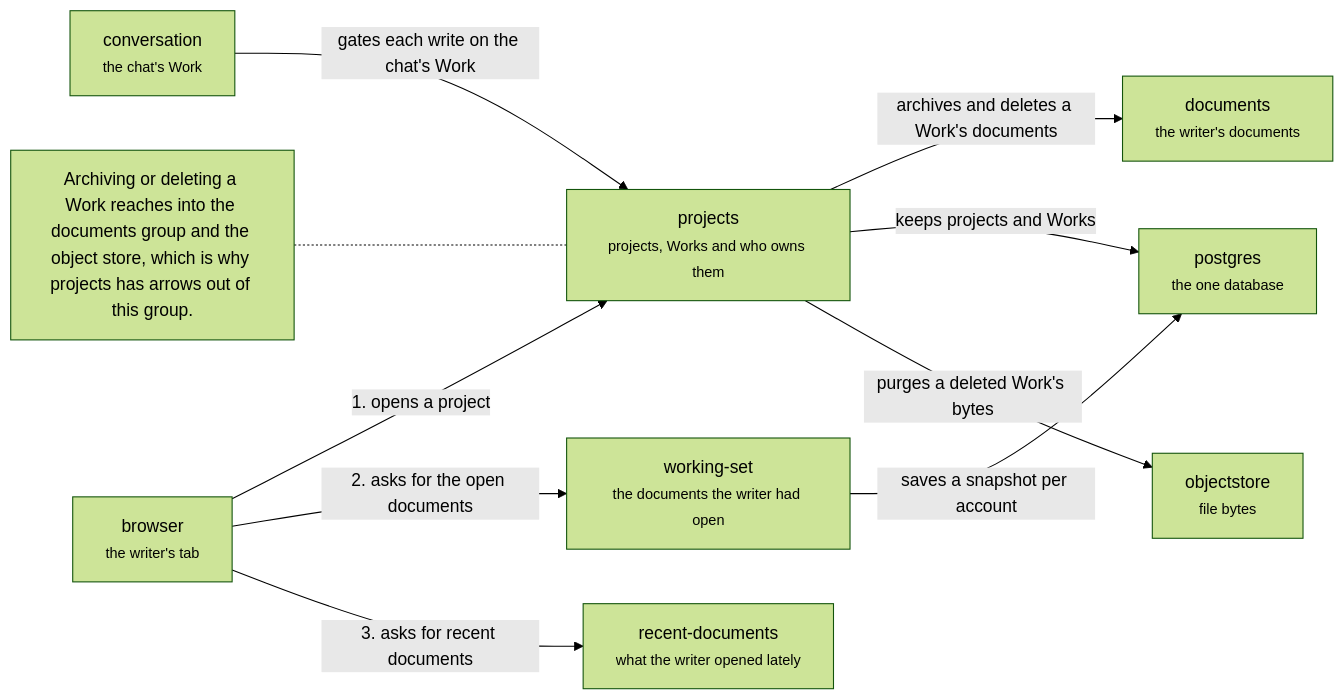
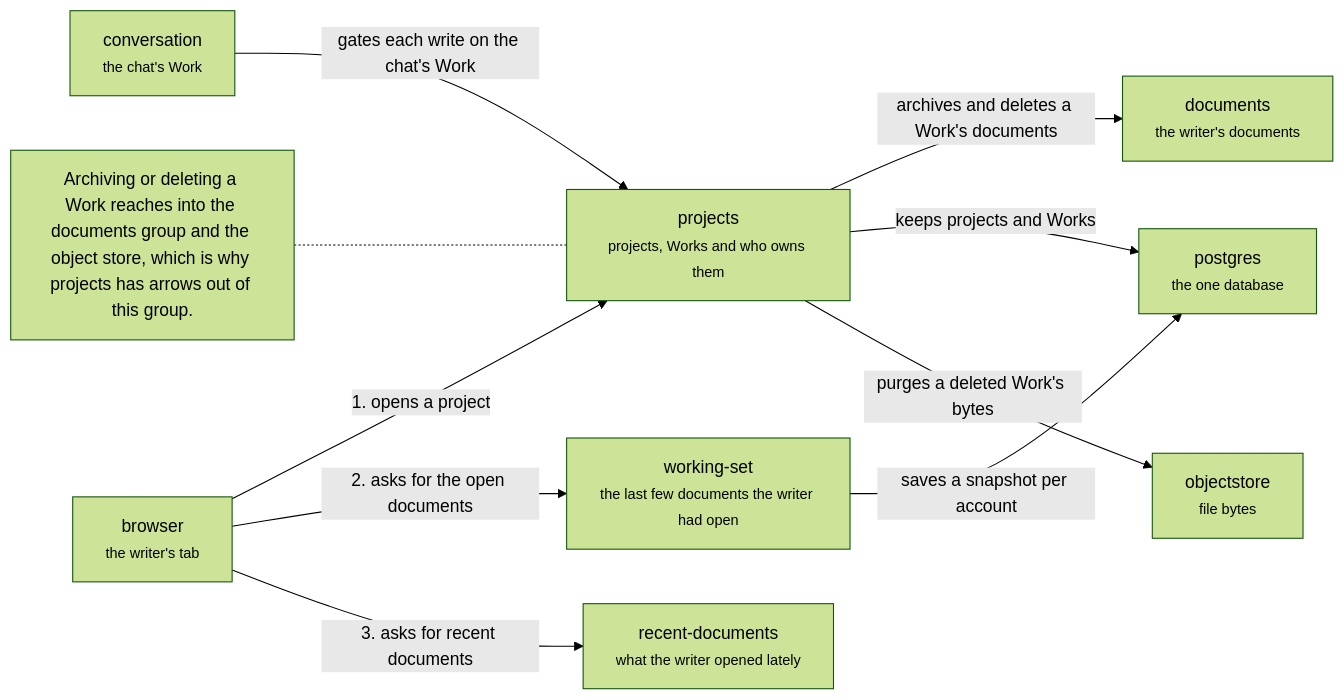
Before and after one commit to haowjy/meridian-flow: the diagram in .context/system-architecture/server-workspace.md, drawn with Mermaid (forest theme). The commit also changed other lines of this file and 12 other files, not shown here.

First line of the commit message:
Map and flows: trace the four untraced steps, correct three claims, shorter intros

````diff
--- a/.context/system-architecture/server-workspace.md
+++ b/.context/system-architecture/server-workspace.md
@@ -5,21 +5,21 @@
 ```mermaid
 flowchart LR
   projects["projects<br/><small>projects, Works and who owns them</small>"]:::domain
-  working-set["working-set<br/><small>the documents the writer had open</small>"]:::domain
+  working-set["working-set<br/><small>the last few documents the writer had open</small>"]:::domain
   recent-documents["recent-documents<br/><small>what the writer opened lately</small>"]:::domain
   browser["browser<br/><small>the writer's tab</small>"]:::context
   conversation["conversation<br/><small>the chat's Work</small>"]:::context
   documents["documents<br/><small>the writer's documents</small>"]:::context
   postgres["postgres<br/><small>the one database</small>"]:::context
   objectstore["objectstore<br/><small>file bytes</small>"]:::context
   browser -->|"1. opens a project"| projects
   browser -->|"2. asks for the open documents"| working-set
   browser -->|"3. asks for recent documents"| recent-documents
   projects -->|"archives and deletes a Work's documents"| documents
   conversation -->|"gates each write on the chat's Work"| projects
   projects -->|"keeps projects and Works"| postgres
   working-set -->|"saves a snapshot per account"| postgres
   projects -->|"purges a deleted Work's bytes"| objectstore
   note1["Archiving or deleting a Work reaches into the documents group and the object store, which is why projects has arrows out of this group."]:::note
   note1 -.- projects
 ```
````
